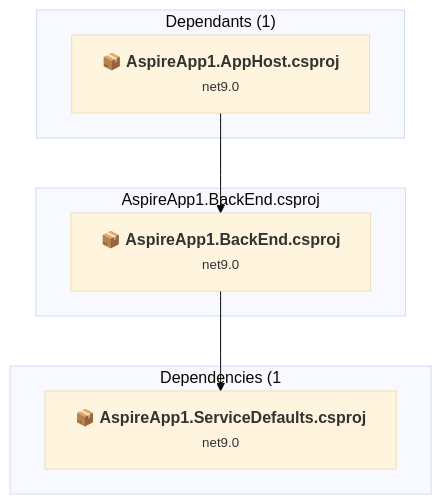
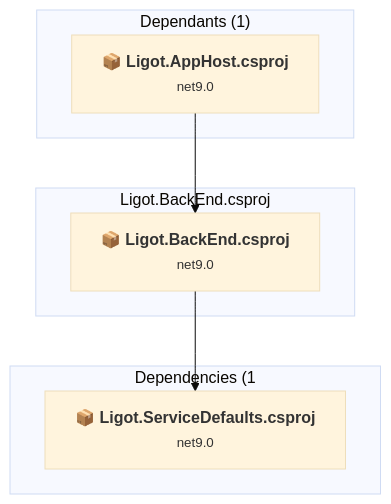
Before and after one commit to TomizawaAtLogit/MyCRM: the fourth of 7 diagrams in .github/upgrades/assessment.md, drawn with Mermaid (base theme). The commit also changed other lines of this file and 559 other files, not shown here.

Commit message:
Rename AspireApp1 → Ligot: projects, namespaces, solution, docs

````diff
--- a/.github/upgrades/assessment.md
+++ b/.github/upgrades/assessment.md
@@ -273,18 +273,18 @@
 ```mermaid
 flowchart TB
     subgraph upstream["Dependants (1)"]
-        P1["<b>📦&nbsp;AspireApp1.AppHost.csproj</b><br/><small>net9.0</small>"]
-        click P1 "#aspireapp1apphostaspireapp1apphostcsproj"
+        P1["<b>📦&nbsp;Ligot.AppHost.csproj</b><br/><small>net9.0</small>"]
+        click P1 "#LigotapphostLigotapphostcsproj"
     end
-    subgraph current["AspireApp1.BackEnd.csproj"]
-        MAIN["<b>📦&nbsp;AspireApp1.BackEnd.csproj</b><br/><small>net9.0</small>"]
-        click MAIN "#aspireapp1dbapiaspireapp1backendcsproj"
+    subgraph current["Ligot.BackEnd.csproj"]
+        MAIN["<b>📦&nbsp;Ligot.BackEnd.csproj</b><br/><small>net9.0</small>"]
+        click MAIN "#LigotdbapiLigotbackendcsproj"
     end
     subgraph downstream["Dependencies (1"]
-        P2["<b>📦&nbsp;AspireApp1.ServiceDefaults.csproj</b><br/><small>net9.0</small>"]
-        click P2 "#aspireapp1servicedefaultsaspireapp1servicedefaultscsproj"
+        P2["<b>📦&nbsp;Ligot.ServiceDefaults.csproj</b><br/><small>net9.0</small>"]
+        click P2 "#LigotservicedefaultsLigotservicedefaultscsproj"
     end
     P1 --> MAIN
     MAIN --> P2
 
 ```
````
